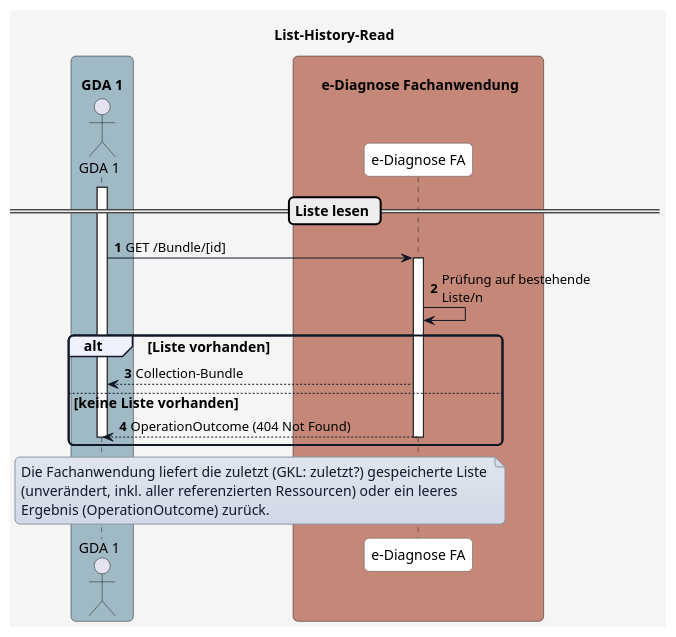
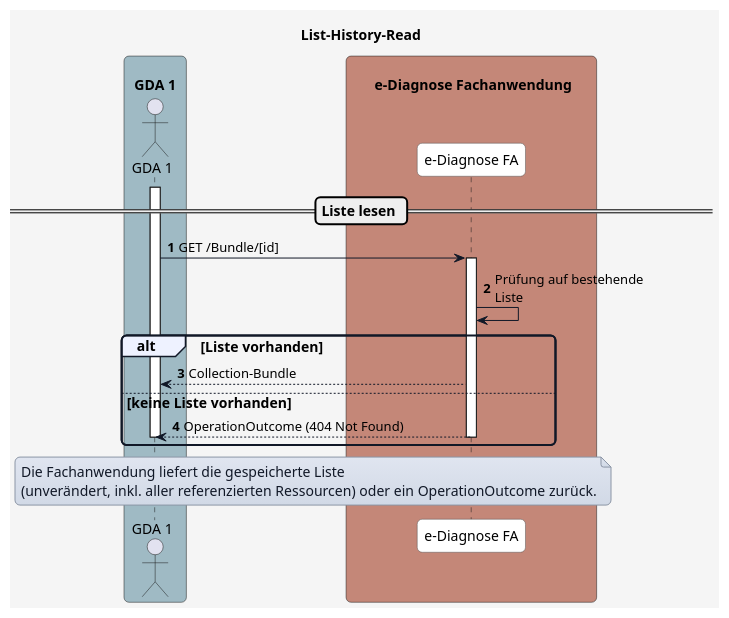
One commit to HL7Austria/ELGA-e-Diagnose-R4 changed the diagram in plantuml/diagram_planhistoryread.plantuml. Above: the diagram before and after it, drawn with PlantUML. The commit also changed 4 other files, not shown here.

```diff
--- a/plantuml/diagram_planhistoryread.plantuml
+++ b/plantuml/diagram_planhistoryread.plantuml
@@ -1,80 +1,79 @@
 @startuml
 title List-History-Read
 
 skinparam borderColor #000000
 skinparam backgroundColor #f5f5f5
 skinparam shadowing false
 skinparam roundCorner 10
 skinparam defaultFontName "Arial"
 skinparam defaultFontSize 14
 skinparam defaultFontColor #000000
 skinparam HyperlinkColor #0000EE
 skinparam HyperlinkUnderline false
 skinparam BoxPadding 20
 skinparam BoxBorderColor #555555
 
 skinparam note {
   BackgroundColor #e0e5f0-#d1d9e6
   BorderColor #8b95a5
   BorderThickness 1
   RoundCorner 0
   Padding 6
   FontColor #111827
   Shadowing false
 }
 
 skinparam HyperlinkColor #0000EE
 skinparam HyperlinkUnderline false
 
 skinparam sequence {
   ParticipantBorderColor #555555
   ParticipantBackgroundColor #ffffff
   ParticipantFontColor #000000
   ParticipantFontSize 14
   ParticipantPadding 20
   ArrowColor #111827
   ArrowThickness 1
   ArrowFontColor #000000
   ArrowFontSize 13
   GroupBorderColor #111827
   GroupBackgroundColor #eef2ff
   GroupBorderThickness 2
 }
 
 skinparam BoxPadding 20
 skinparam BoxBorderColor #555555
 
 box "\n  GDA 1  " #9fbac4
   actor GDA_1 as "GDA 1"
 end box
 
 box "\n       e-Diagnose Fachanwendung      " #C48778
   participant eDiag_FA as "e-Diagnose FA"
 end box
 
 autonumber
 
 == Liste lesen ==
 
 activate GDA_1
 GDA_1 -> eDiag_FA: GET /Bundle/[id]
 
 
 activate eDiag_FA 
-eDiag_FA -> eDiag_FA: Prüfung auf bestehende\nListe/n
+eDiag_FA -> eDiag_FA: Prüfung auf bestehende\nListe
 
 alt Liste vorhanden
   eDiag_FA --> GDA_1: Collection-Bundle
 else keine Liste vorhanden
   eDiag_FA --> GDA_1: OperationOutcome (404 Not Found)
   deactivate GDA_1
   deactivate eDiag_FA
 end
 
 note over GDA_1, eDiag_FA
-Die Fachanwendung liefert die zuletzt (GKL: zuletzt?) gespeicherte Liste 
-(unverändert, inkl. aller referenzierten Ressourcen) oder ein leeres
-Ergebnis (OperationOutcome) zurück.
+Die Fachanwendung liefert die gespeicherte Liste 
+(unverändert, inkl. aller referenzierten Ressourcen) oder ein OperationOutcome zurück.
 end note
 
 @enduml
```
